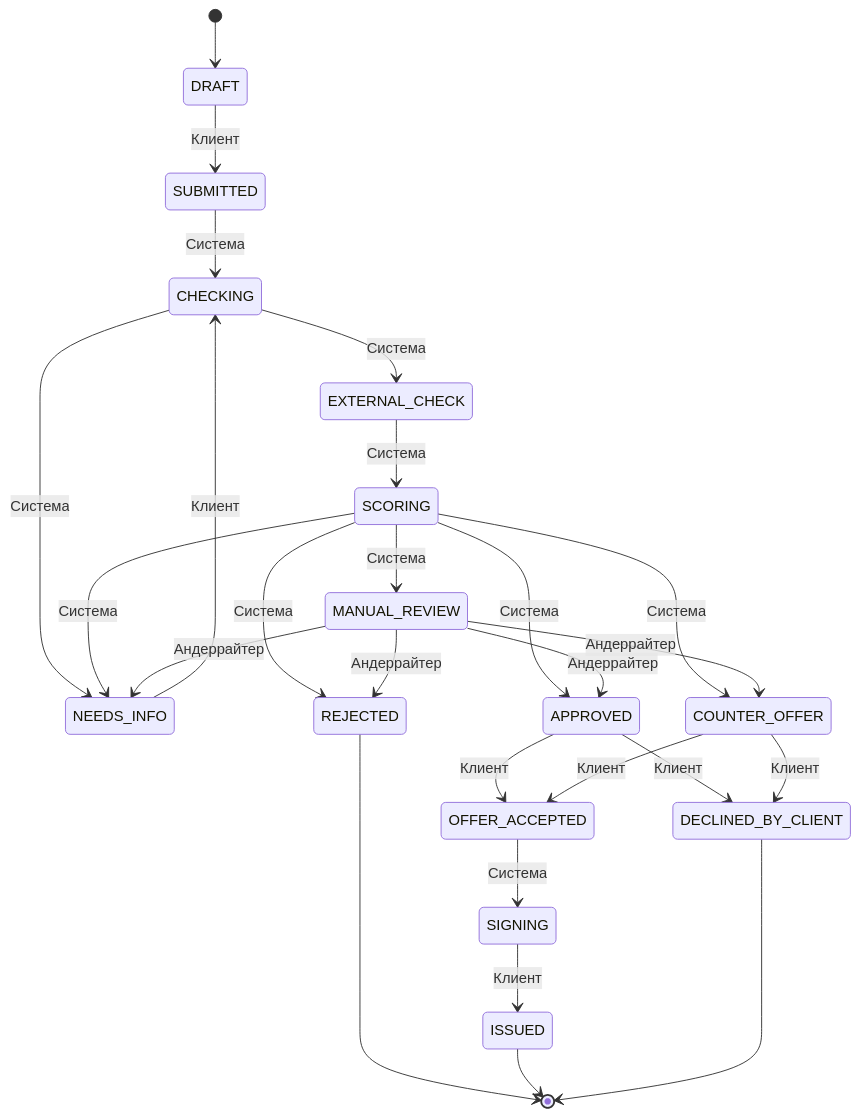
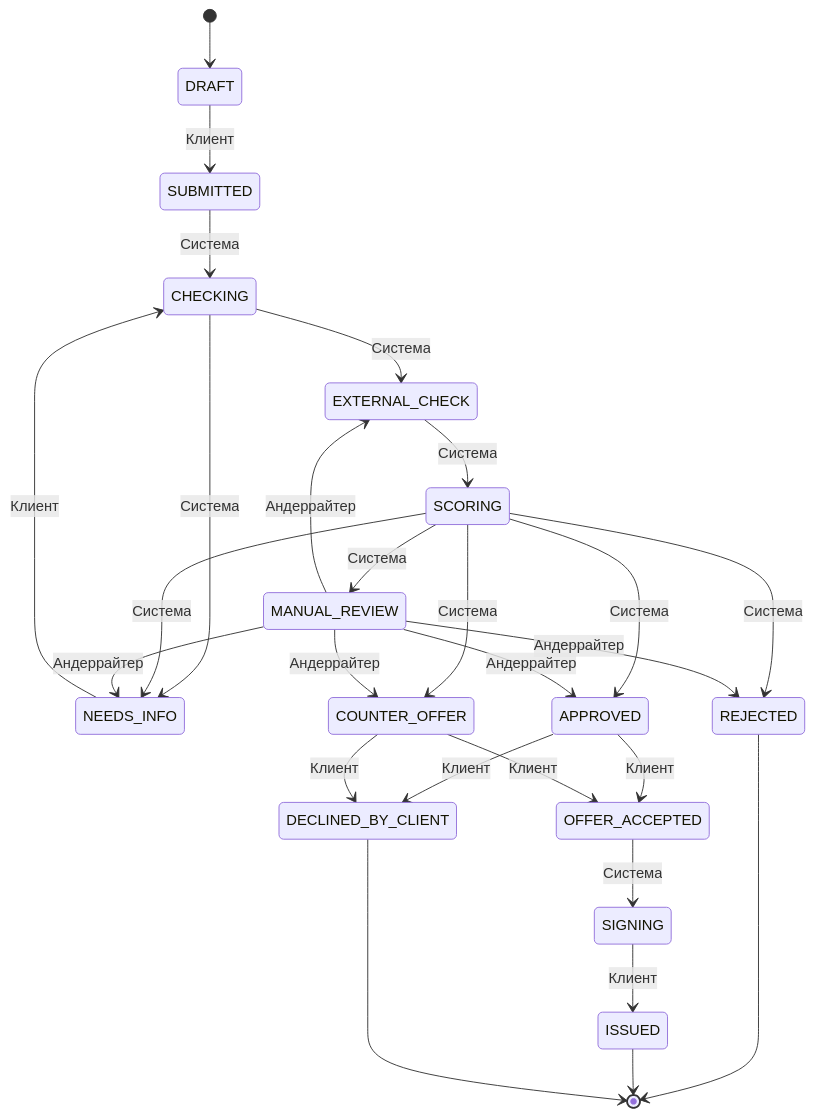
One commit to mivlabs/personal-credit-account changed the diagram in docs/state-machine.md. Above: the diagram before and after it, drawn with Mermaid. The commit also changed other lines of this file and 13 other files, not shown here.

First line of the commit message:
feat(underwriter): повторная проверка источников MANUAL_REVIEW -> EXTERNAL_CHECK (2.2)

````diff
--- a/docs/state-machine.md
+++ b/docs/state-machine.md
@@ -55,28 +56,29 @@
 ```mermaid
 stateDiagram-v2
     [*] --> DRAFT
     DRAFT --> SUBMITTED: Клиент
     SUBMITTED --> CHECKING: Система
     CHECKING --> NEEDS_INFO: Система
     CHECKING --> EXTERNAL_CHECK: Система
     NEEDS_INFO --> CHECKING: Клиент
     EXTERNAL_CHECK --> SCORING: Система
     SCORING --> APPROVED: Система
     SCORING --> COUNTER_OFFER: Система
     SCORING --> NEEDS_INFO: Система
     SCORING --> MANUAL_REVIEW: Система
     SCORING --> REJECTED: Система
     MANUAL_REVIEW --> APPROVED: Андеррайтер
     MANUAL_REVIEW --> COUNTER_OFFER: Андеррайтер
     MANUAL_REVIEW --> NEEDS_INFO: Андеррайтер
     MANUAL_REVIEW --> REJECTED: Андеррайтер
+    MANUAL_REVIEW --> EXTERNAL_CHECK: Андеррайтер
     APPROVED --> OFFER_ACCEPTED: Клиент
     APPROVED --> DECLINED_BY_CLIENT: Клиент
     COUNTER_OFFER --> OFFER_ACCEPTED: Клиент
     COUNTER_OFFER --> DECLINED_BY_CLIENT: Клиент
     OFFER_ACCEPTED --> SIGNING: Система
     SIGNING --> ISSUED: Клиент
     REJECTED --> [*]
     ISSUED --> [*]
     DECLINED_BY_CLIENT --> [*]
 ```
````
